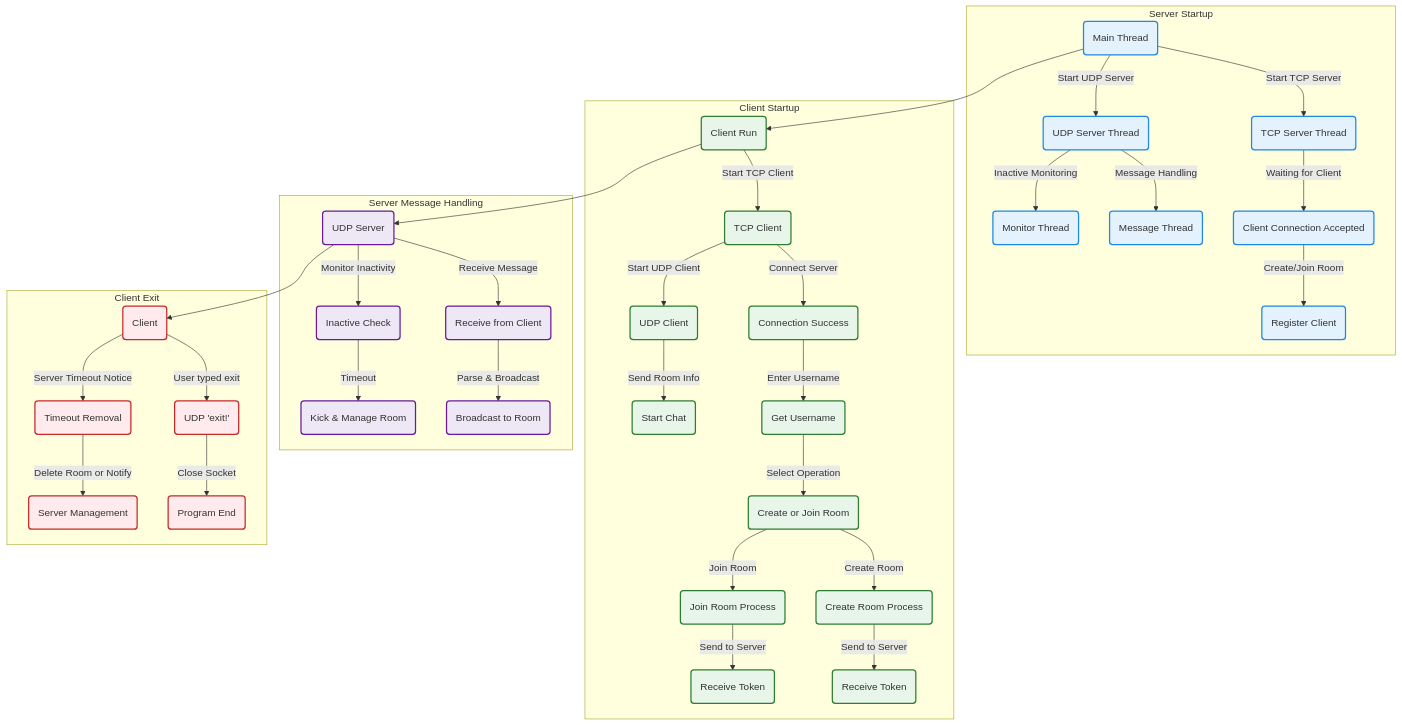
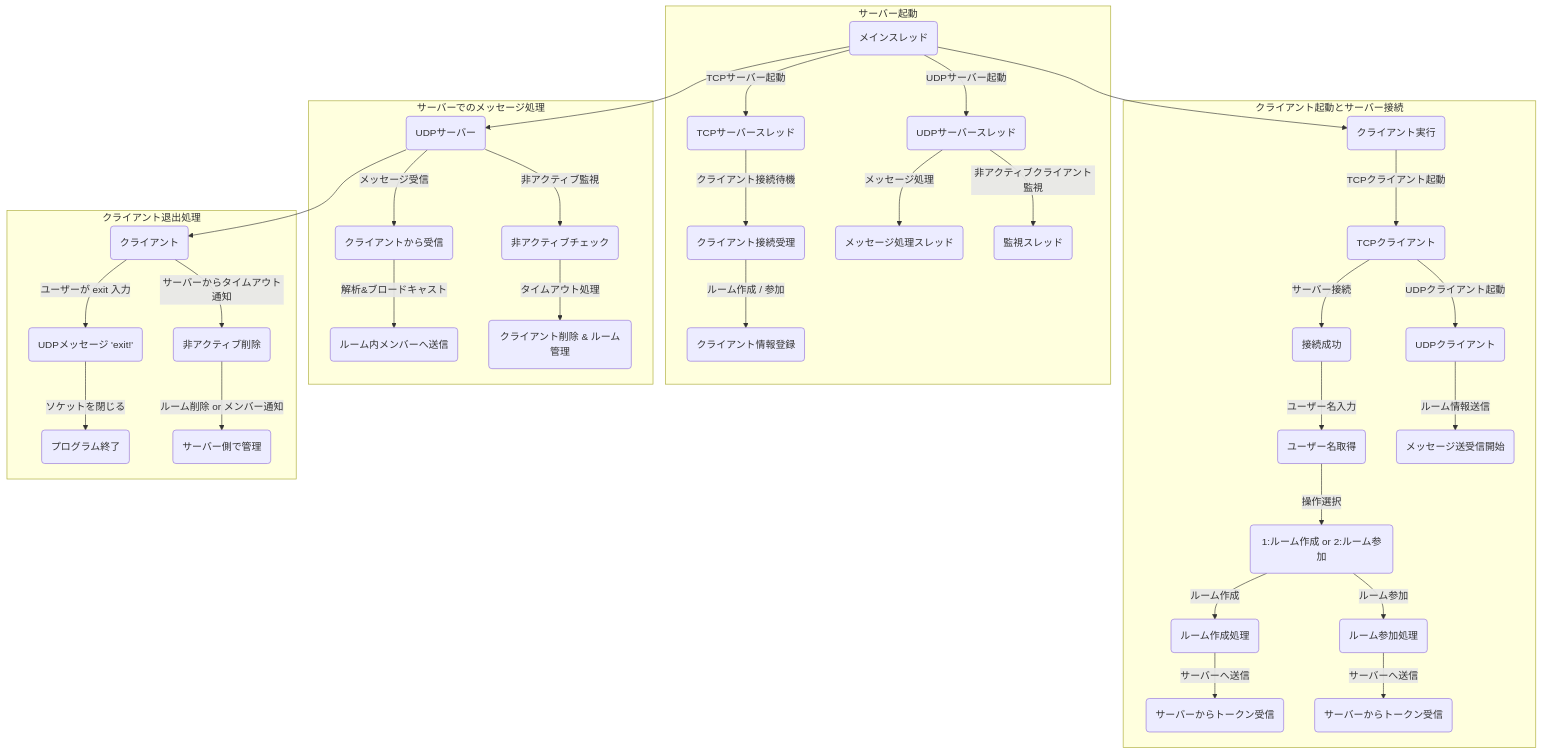
One commit to BackendExplorer/Multi-User-Chat-App changed the third of 3 diagrams in README.md. Above: the diagram before and after it, drawn with Mermaid. The commit also changed other lines of this file, not shown here.

````diff
--- a/README.md
+++ b/README.md
@@ -104,88 +231,53 @@
 ```mermaid
-graph TD
+graph TD;
+    classDef main fill:#f8f9fa,stroke:#6c757d,stroke-width:2px;
+    classDef process fill:#ffffff,stroke:#007bff,stroke-width:2px;
+    classDef sub_process fill:#e9ecef,stroke:#17a2b8,stroke-width:2px;
+    classDef warning fill:#fff3cd,stroke:#ffc107,stroke-width:2px;
+    classDef danger fill:#f8d7da,stroke:#dc3545,stroke-width:2px;
 
-classDef server fill:#e3f2fd,stroke:#1e88e5,stroke-width:2px
-classDef client fill:#e8f5e9,stroke:#2e7d32,stroke-width:2px
-classDef messaging fill:#ede7f6,stroke:#6a1b9a,stroke-width:2px
-classDef warning fill:#ffebee,stroke:#c62828,stroke-width:2px
+    subgraph サーバー起動
+        class A1,A2,A3,A4,A5,A6,A7 main;
+        A1(メインスレッド) -->|TCPサーバー起動| A2(TCPサーバースレッド)
+        A1 -->|UDPサーバー起動| A3(UDPサーバースレッド)
+        A2 -->|クライアント接続待機| A4(クライアント接続受理)
+        A4 -->|ルーム作成 / 参加| A5(クライアント情報登録)
+        A3 -->|メッセージ処理| A6(メッセージ処理スレッド)
+        A3 -->|非アクティブクライアント監視| A7(監視スレッド)
+    end
 
-subgraph Server Startup
-    A1(Main Thread)
-    A2(TCP Server Thread)
-    A3(UDP Server Thread)
-    A4(Client Connection Accepted)
-    A5(Register Client)
-    A6(Message Thread)
-    A7(Monitor Thread)
+    subgraph クライアント起動とサーバー接続
+        class B1,B2,B3,B4,B5,B6,B7,B8,B9,B10,B11 process;
+        B1(クライアント実行) -->|TCPクライアント起動| B2(TCPクライアント)
+        B2 -->|サーバー接続| B3(接続成功)
+        B3 -->|ユーザー名入力| B4(ユーザー名取得)
+        B4 -->|操作選択| B5(1:ルーム作成 or 2:ルーム参加)
+        B5 -->|ルーム作成| B6(ルーム作成処理)
+        B6 -->|サーバーへ送信| B7(サーバーからトークン受信)
+        B5 -->|ルーム参加| B8(ルーム参加処理)
+        B8 -->|サーバーへ送信| B9(サーバーからトークン受信)
+        B2 -->|UDPクライアント起動| B10(UDPクライアント)
+        B10 -->|ルーム情報送信| B11(メッセージ送受信開始)
+    end
 
-    A1 -->|Start TCP Server| A2
-    A1 -->|Start UDP Server| A3
-    A2 -->|Waiting for Client| A4
-    A4 -->|Create/Join Room| A5
-    A3 -->|Message Handling| A6
-    A3 -->|Inactive Monitoring| A7
+    subgraph サーバーでのメッセージ処理
+        class C1,C2,C3,C4,C5 sub_process;
+        C1(UDPサーバー) -->|メッセージ受信| C2(クライアントから受信)
+        C2 -->|解析&ブロードキャスト| C3(ルーム内メンバーへ送信)
+        C1 -->|非アクティブ監視| C4(非アクティブチェック)
+        C4 -->|タイムアウト処理| C5(クライアント削除 & ルーム管理)
+    end
 
-    class A1,A2,A3,A4,A5,A6,A7 server
-end
+    subgraph クライアント退出処理
+        class D1,D2,D3,D4,D5 warning;
+        D1(クライアント) -->|ユーザーが exit 入力| D2(UDPメッセージ 'exit!')
+        D2 -->|ソケットを閉じる| D3(プログラム終了)
+        D1 -->|サーバーからタイムアウト通知| D4(非アクティブ削除)
+        D4 -->|ルーム削除 or メンバー通知| D5(サーバー側で管理)
+    end
 
-subgraph Client Startup
-    B1(Client Run)
-    B2(TCP Client)
-    B3(Connection Success)
-    B4(Get Username)
-    B5(Create or Join Room)
-    B6(Create Room Process)
-    B7(Receive Token)
-    B8(Join Room Process)
-    B9(Receive Token)
-    B10(UDP Client)
-    B11(Start Chat)
-
-    B1 -->|Start TCP Client| B2
-    B2 -->|Connect Server| B3
-    B3 -->|Enter Username| B4
-    B4 -->|Select Operation| B5
-    B5 -->|Create Room| B6
-    B6 -->|Send to Server| B7
-    B5 -->|Join Room| B8
-    B8 -->|Send to Server| B9
-    B2 -->|Start UDP Client| B10
-    B10 -->|Send Room Info| B11
-
-    class B1,B2,B3,B4,B5,B6,B7,B8,B9,B10,B11 client
-end
-
-subgraph Server Message Handling
-    C1(UDP Server)
-    C2(Receive from Client)
-    C3(Broadcast to Room)
-    C4(Inactive Check)
-    C5(Kick & Manage Room)
-
-    C1 -->|Receive Message| C2
-    C2 -->|Parse & Broadcast| C3
-    C1 -->|Monitor Inactivity| C4
-    C4 -->|Timeout| C5
-
-    class C1,C2,C3,C4,C5 messaging
-end
-
-subgraph Client Exit
-    D1(Client)
-    D2(UDP 'exit!')
-    D3(Program End)
-    D4(Timeout Removal)
-    D5(Server Management)
-
-    D1 -->|User typed exit| D2
-    D2 -->|Close Socket| D3
-    D1 -->|Server Timeout Notice| D4
-    D4 -->|Delete Room or Notify| D5
-
-    class D1,D2,D3,D4,D5 warning
-end
-
-A1 --> B1
-B1 --> C1
-C1 --> D1
+    %% 縦方向に並べる
+    A1 --> B1
+    A1 --> C1
+    C1 --> D1
 ```
````
